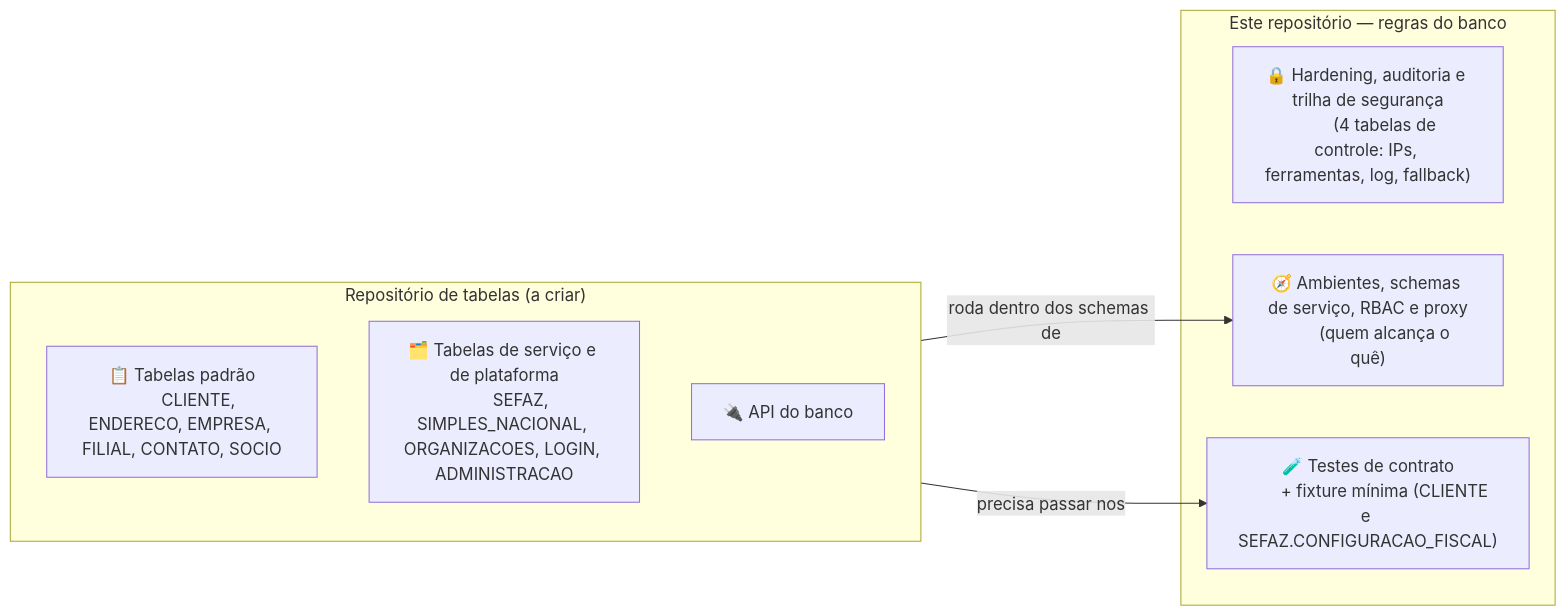
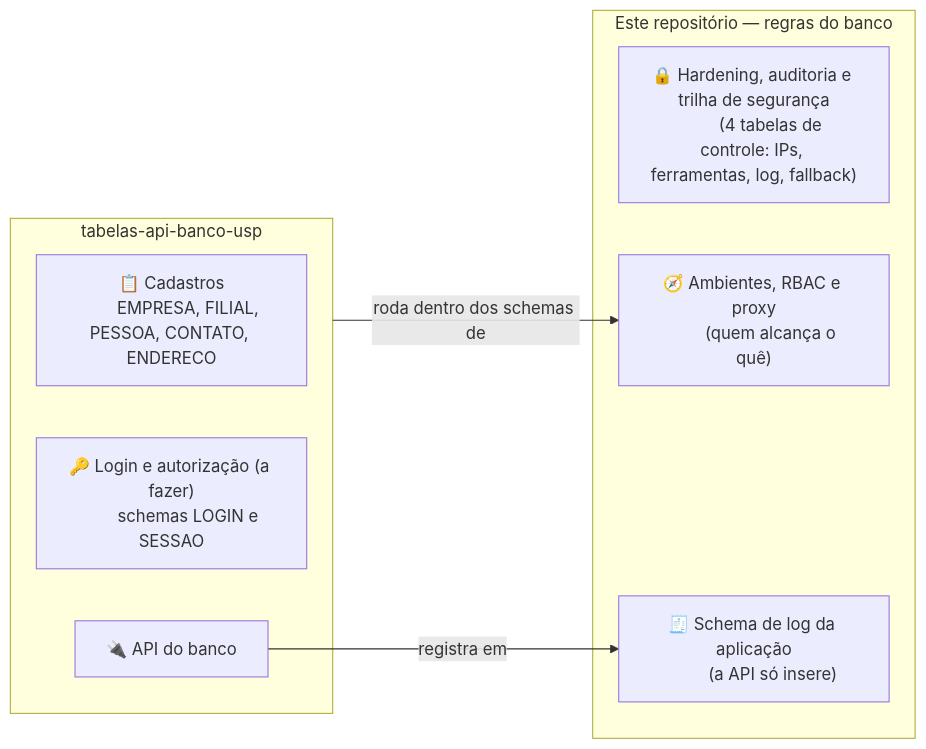
Before and after one commit to caioteixeir4/regras-banco-usp: the fourth of 9 diagrams in infra/docs/arquitetura.md, drawn with Mermaid. The commit also changed other lines of this file and 45 other files, not shown here.

First line of the commit message:
Log, contas, TDE, rede cifrada, rotina diária e login por passkey

````diff
--- a/infra/docs/arquitetura.md
+++ b/infra/docs/arquitetura.md
@@ -164,22 +189,22 @@
 ```mermaid
 flowchart LR
     subgraph Regras["Este repositório — regras do banco"]
         R1["🔒 Hardening, auditoria e trilha de segurança
         (4 tabelas de controle: IPs, ferramentas, log, fallback)"]
-        R2["🧭 Ambientes, schemas de serviço, RBAC e proxy
+        R2["🧭 Ambientes, RBAC e proxy
         (quem alcança o quê)"]
-        R3["🧪 Testes de contrato
-        + fixture mínima (CLIENTE e SEFAZ.CONFIGURACAO_FISCAL)"]
+        R3["🧾 Schema de log da aplicação
+        (a API só insere)"]
     end
 
-    subgraph Tabelas["Repositório de tabelas (a criar)"]
-        T1["📋 Tabelas padrão
-        CLIENTE, ENDERECO, EMPRESA, FILIAL, CONTATO, SOCIO"]
-        T2["🗂️ Tabelas de serviço e de plataforma
-        SEFAZ, SIMPLES_NACIONAL, ORGANIZACOES, LOGIN, ADMINISTRACAO"]
+    subgraph Tabelas["tabelas-api-banco-usp"]
+        T1["📋 Cadastros
+        EMPRESA, FILIAL, PESSOA, CONTATO, ENDERECO"]
+        T2["🔑 Login e autorização (a fazer)
+        schemas LOGIN e SESSAO"]
         T3["🔌 API do banco"]
     end
 
-    Tabelas -- "precisa passar nos" --> R3
     Tabelas -- "roda dentro dos schemas de" --> R2
+    T3 -- "registra em" --> R3
 ```
````
